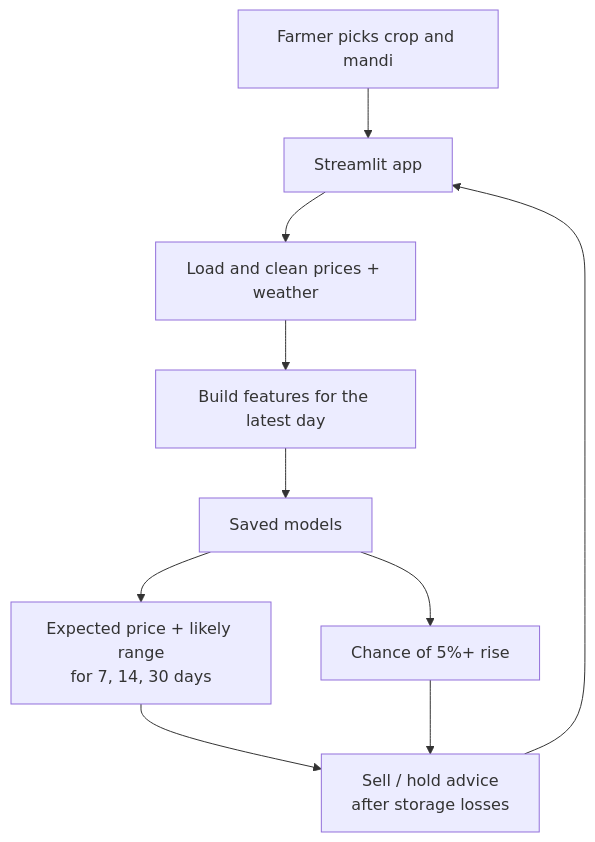
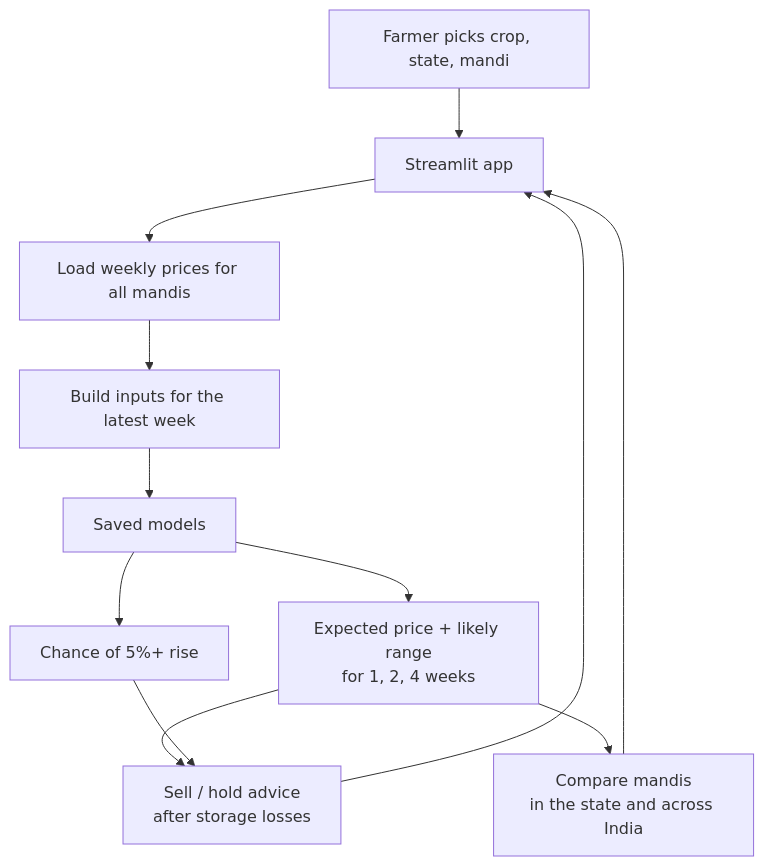
Before and after one commit to Iamshi-vissa/FarmStat: the second of 2 diagrams in README.md, drawn with Mermaid. The commit also changed other lines of this file and 29 other files, not shown here.

Commit message:
All-India version: 24 states, weekly forecasts with arrivals

````diff
--- a/README.md
+++ b/README.md
@@ -99,12 +111,14 @@
 ```mermaid
 flowchart TB
-    U[Farmer picks crop and mandi] --> APP[Streamlit app]
-    APP --> D[Load and clean prices + weather]
-    D --> FE[Build features for the latest day]
+    U[Farmer picks crop, state, mandi] --> APP[Streamlit app]
+    APP --> D[Load weekly prices for all mandis]
+    D --> FE[Build inputs for the latest week]
     FE --> MOD[Saved models]
-    MOD --> FC[Expected price + likely range<br/>for 7, 14, 30 days]
+    MOD --> FC[Expected price + likely range<br/>for 1, 2, 4 weeks]
     MOD --> PR[Chance of 5%+ rise]
     FC --> ADV[Sell / hold advice<br/>after storage losses]
     PR --> ADV
     ADV --> APP
+    FC --> CMP[Compare mandis<br/>in the state and across India]
+    CMP --> APP
 ```
````
